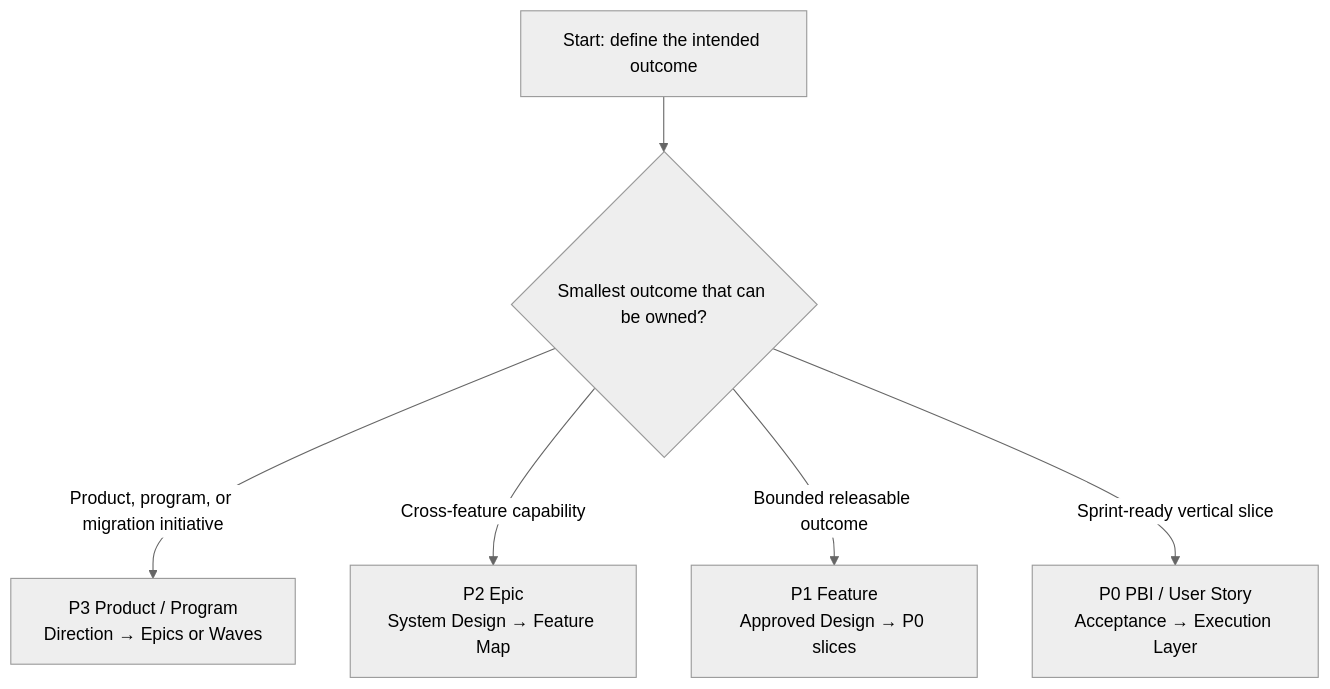
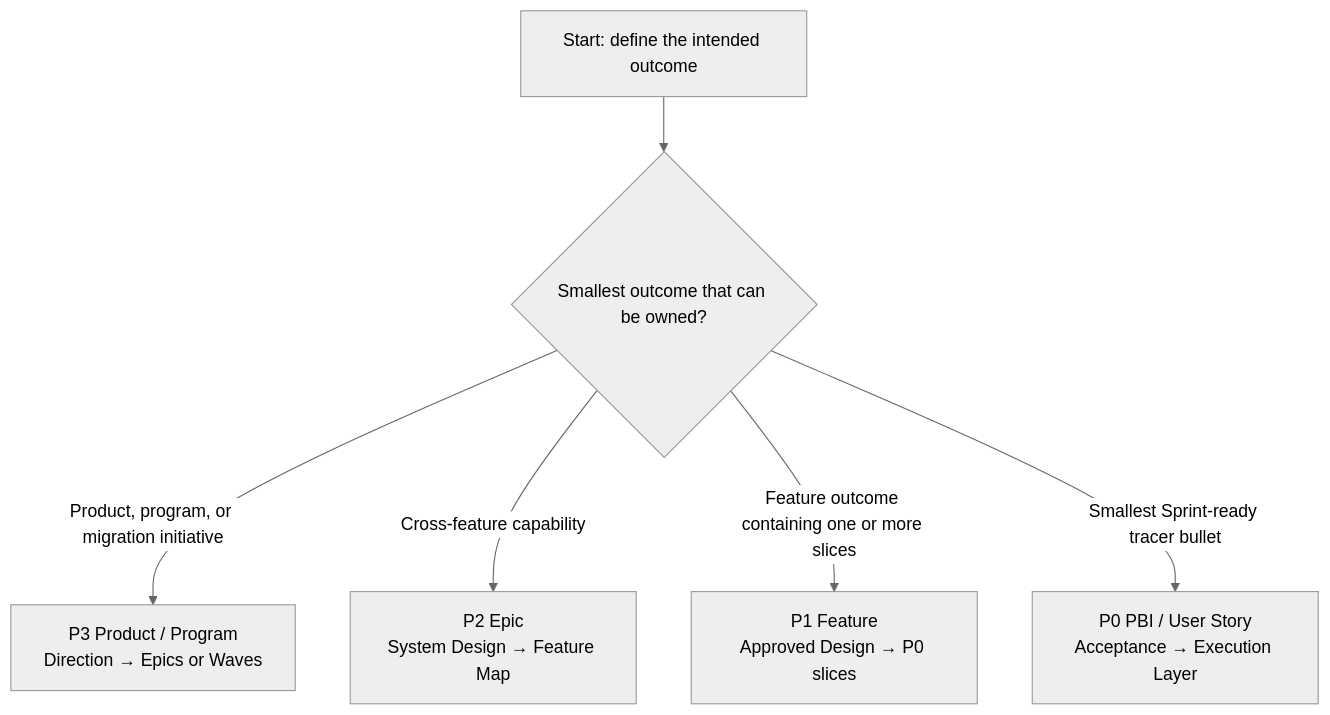
The first of 3 diagrams in diagrams/05_Decision_Tree.md (yschiang/ai_engineering), drawn with Mermaid (neutral theme) before and after one commit. The commit also changed other lines of this file, not shown here.

````diff
--- a/diagrams/05_Decision_Tree.md
+++ b/diagrams/05_Decision_Tree.md
@@ -39,8 +48,8 @@
 ```mermaid
 flowchart TD
   S["Start: define the intended outcome"] --> L{"Smallest outcome that can be owned?"}
   L -->|"Product, program, or migration initiative"| P3["P3 Product / Program\nDirection → Epics or Waves"]
   L -->|"Cross-feature capability"| P2["P2 Epic\nSystem Design → Feature Map"]
-  L -->|"Bounded releasable outcome"| P1["P1 Feature\nApproved Design → P0 slices"]
-  L -->|"Sprint-ready vertical slice"| P0["P0 PBI / User Story\nAcceptance → Execution Layer"]
+  L -->|"Feature outcome containing one or more slices"| P1["P1 Feature\nApproved Design → P0 slices"]
+  L -->|"Smallest Sprint-ready tracer bullet"| P0["P0 PBI / User Story\nAcceptance → Execution Layer"]
 ```
````
